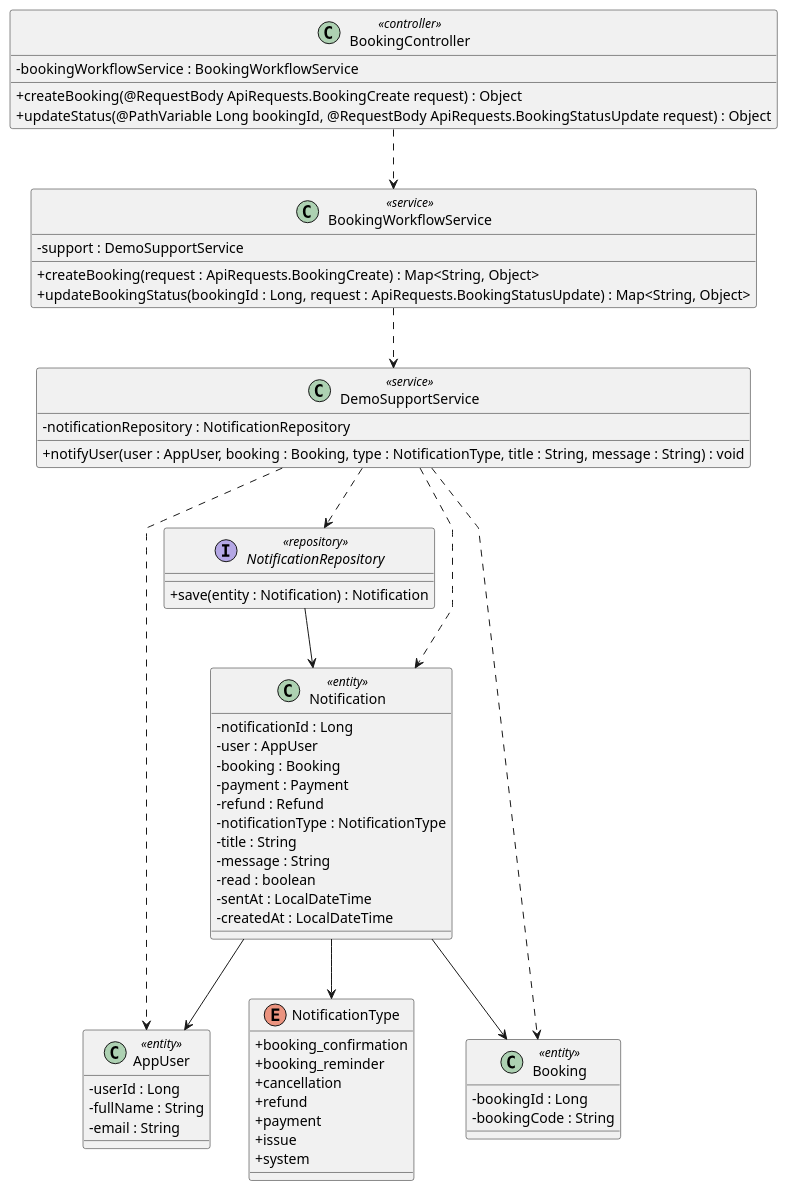
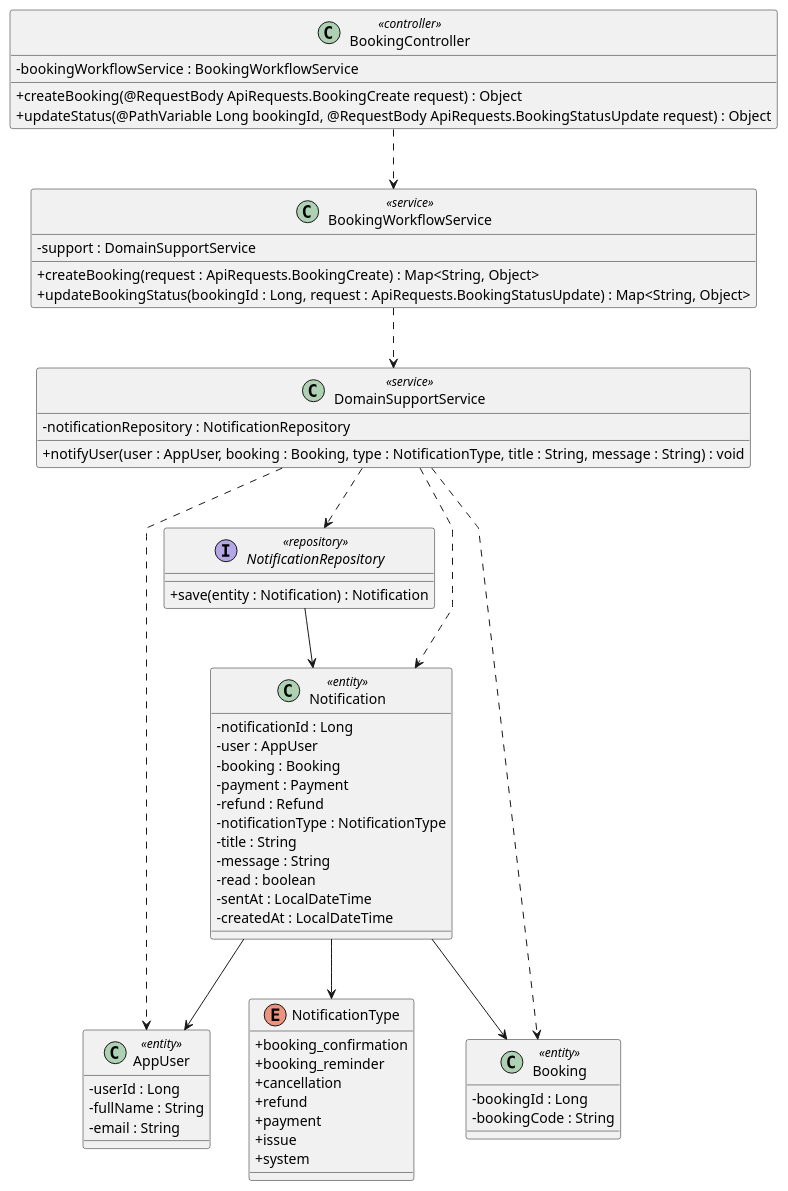
The diagram in docs/Class Diagram/send-booking-confirmation-notification.puml (maxwell1904/SWP391_G3), drawn with PlantUML before and after one commit. The commit also changed 120 other files, not shown here.

```diff
--- a/docs/Class Diagram/send-booking-confirmation-notification.puml
+++ b/docs/Class Diagram/send-booking-confirmation-notification.puml
@@ -1,77 +1,77 @@
 @startuml
 
 skinparam classAttributeIconSize 0
 skinparam linetype polyline
 
 class BookingController <<controller>> {
     -bookingWorkflowService : BookingWorkflowService
 
     +createBooking(@RequestBody ApiRequests.BookingCreate request) : Object
     +updateStatus(@PathVariable Long bookingId, @RequestBody ApiRequests.BookingStatusUpdate request) : Object
 }
 
 class BookingWorkflowService <<service>> {
-    -support : DemoSupportService
+    -support : DomainSupportService
 
     +createBooking(request : ApiRequests.BookingCreate) : Map<String, Object>
     +updateBookingStatus(bookingId : Long, request : ApiRequests.BookingStatusUpdate) : Map<String, Object>
 }
 
-class DemoSupportService <<service>> {
+class DomainSupportService <<service>> {
     -notificationRepository : NotificationRepository
 
     +notifyUser(user : AppUser, booking : Booking, type : NotificationType, title : String, message : String) : void
 }
 
 interface NotificationRepository <<repository>> {
     +save(entity : Notification) : Notification
 }
 
 class Notification <<entity>> {
     -notificationId : Long
     -user : AppUser
     -booking : Booking
     -payment : Payment
     -refund : Refund
     -notificationType : NotificationType
     -title : String
     -message : String
     -read : boolean
     -sentAt : LocalDateTime
     -createdAt : LocalDateTime
 }
 
 class AppUser <<entity>> {
     -userId : Long
     -fullName : String
     -email : String
 }
 
 class Booking <<entity>> {
     -bookingId : Long
     -bookingCode : String
 }
 
 enum NotificationType {
     + booking_confirmation
     + booking_reminder
     + cancellation
     + refund
     + payment
     + issue
     + system
 }
 
 ' Relationships
 BookingController ..> BookingWorkflowService
-BookingWorkflowService ..> DemoSupportService
-DemoSupportService ..> NotificationRepository
-DemoSupportService ..> Notification
-DemoSupportService ..> AppUser
-DemoSupportService ..> Booking
+BookingWorkflowService ..> DomainSupportService
+DomainSupportService ..> NotificationRepository
+DomainSupportService ..> Notification
+DomainSupportService ..> AppUser
+DomainSupportService ..> Booking
 NotificationRepository --> Notification
 Notification --> AppUser
 Notification --> Booking
 Notification --> NotificationType
 
 @enduml
```
